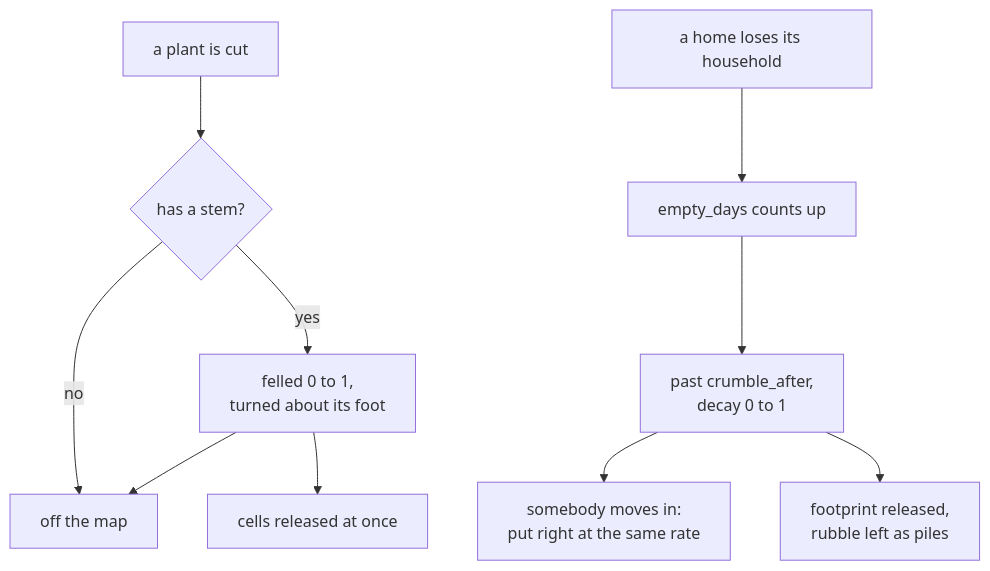
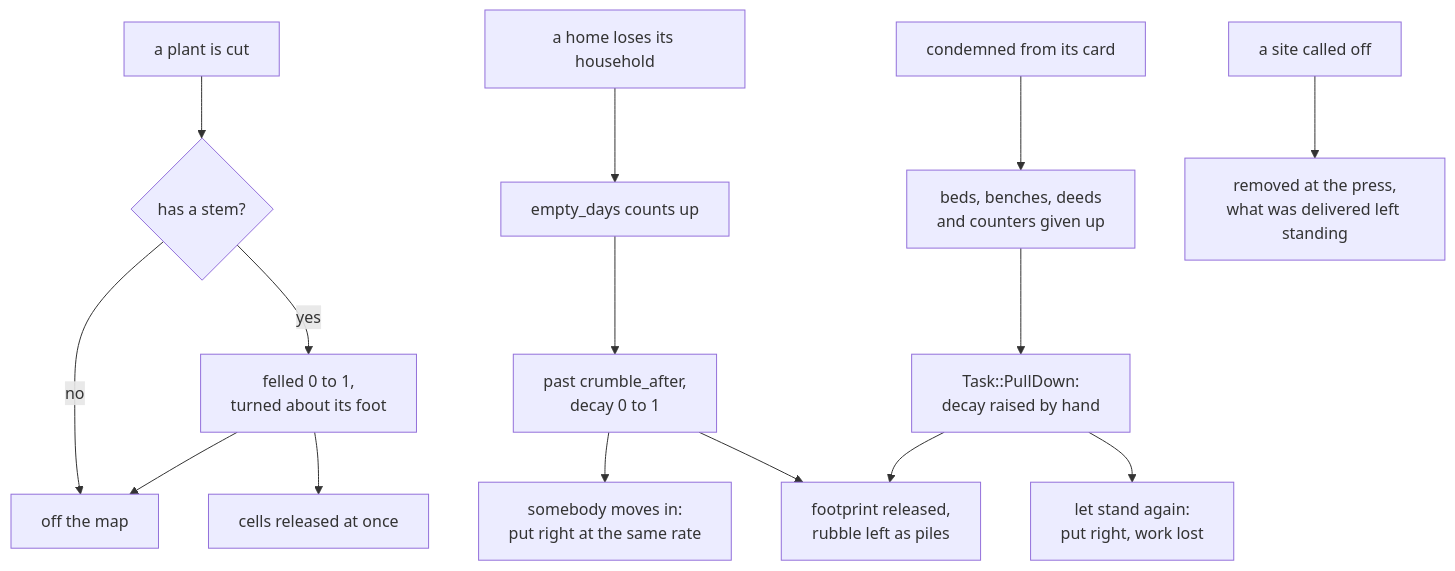
Before and after one commit to tmpk13/grow: diagram 32 of 44 in ARCHITECTURE.md, drawn with Mermaid. The commit also changed other lines of this file and 11 other files, not shown here.

First line of the commit message:
The town can pull down what it has built

````diff
--- a/ARCHITECTURE.md
+++ b/ARCHITECTURE.md
@@ -1298,12 +1309,17 @@
 ```mermaid
 flowchart TD
   cut["a plant is cut"] --> stem{"has a stem?"}
   stem -->|no| gone["off the map"]
   stem -->|yes| over["felled 0 to 1,<br/>turned about its foot"]
   over --> free["cells released at once"]
   over --> gone
   empty["a home loses its household"] --> wait["empty_days counts up"]
   wait --> crumble["past crumble_after,<br/>decay 0 to 1"]
   crumble --> back["somebody moves in:<br/>put right at the same rate"]
   crumble --> fell["footprint released,<br/>rubble left as piles"]
+  order["condemned from its card"] --> empty_it["beds, benches, deeds<br/>and counters given up"]
+  empty_it --> hand["Task::PullDown:<br/>decay raised by hand"]
+  hand --> spare["let stand again:<br/>put right, work lost"]
+  hand --> fell
+  site["a site called off"] --> back_out["removed at the press,<br/>what was delivered left standing"]
 ```
````
